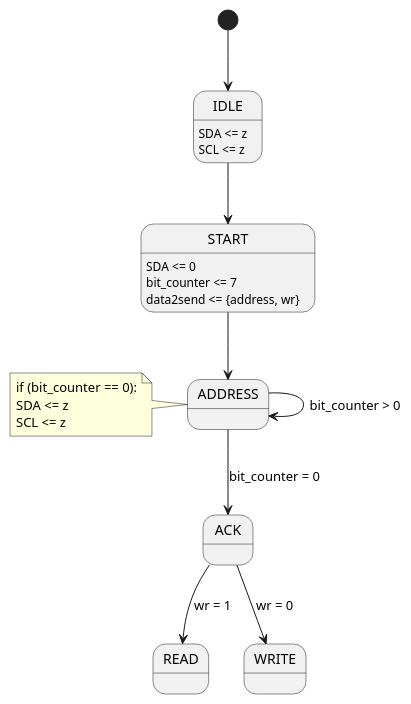
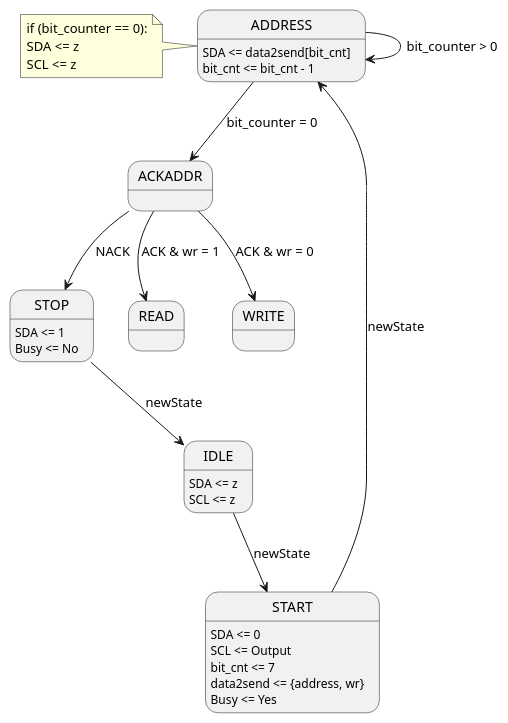
Before and after one commit to johnnycubides/digital-electronic-1-101: the diagram in fpga-example/ice40-hx8k-breakout-board/i2c_master/i2cmaster.pu, drawn with PlantUML. The commit also changed 1 other file, not shown here.

Commit message:
update i2cmaster plantuml

```diff
--- a/fpga-example/ice40-hx8k-breakout-board/i2c_master/i2cmaster.pu
+++ b/fpga-example/ice40-hx8k-breakout-board/i2c_master/i2cmaster.pu
@@ -1,20 +1,46 @@
 @startuml
-[*] --> IDLE
-IDLE --> START
-START --> ADDRESS
+
+'### Selectors
+'state ACK_choice <<choice>>
+
+'### States
+state IDLE
+state START
+state ADDRESS
+state ACKADDR
+state STOP
+
+'### Transitions
+IDLE --> START : newState
+START --> ADDRESS : newState
 ADDRESS --> ADDRESS: bit_counter > 0
-ADDRESS --> ACK: bit_counter = 0
-ACK --> READ : wr = 1
-ACK --> WRITE : wr = 0
+ADDRESS --> ACKADDR: bit_counter = 0
+ACKADDR --> READ : ACK & wr = 1
+ACKADDR --> WRITE : ACK & wr = 0
+ACKADDR --> STOP : NACK
+STOP --> IDLE : newState
+
+'### Values in states
 IDLE: SDA <= z
 IDLE: SCL <= z
+
 START: SDA <= 0
-START: bit_counter <= 7
+START: SCL <= Output
+START: bit_cnt <= 7
 START: data2send <= {address, wr}
+START: Busy <= Yes
 
+ADDRESS: SDA <= data2send[bit_cnt]
+ADDRESS: bit_cnt <= bit_cnt - 1
+
+STOP: SDA <= 1
+STOP: Busy <= No
+
+
+'### Notes in states
 note left of ADDRESS
   if (bit_counter == 0):
   SDA <= z
   SCL <= z
 end note
 @enduml
```
